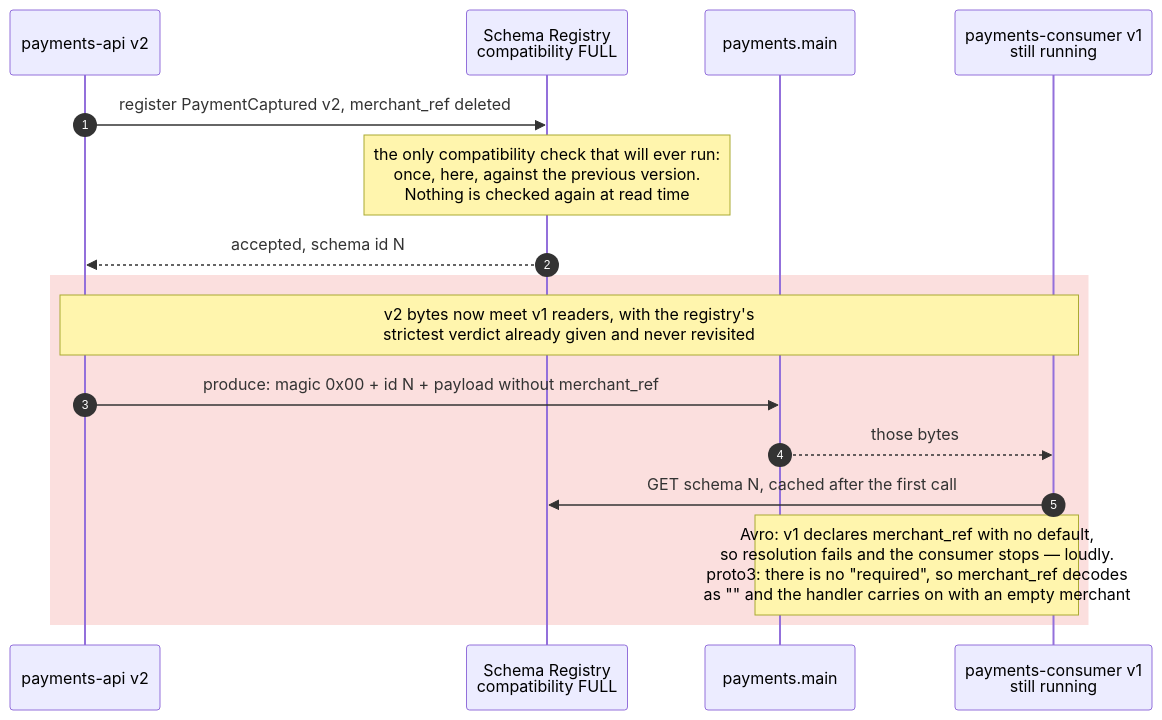
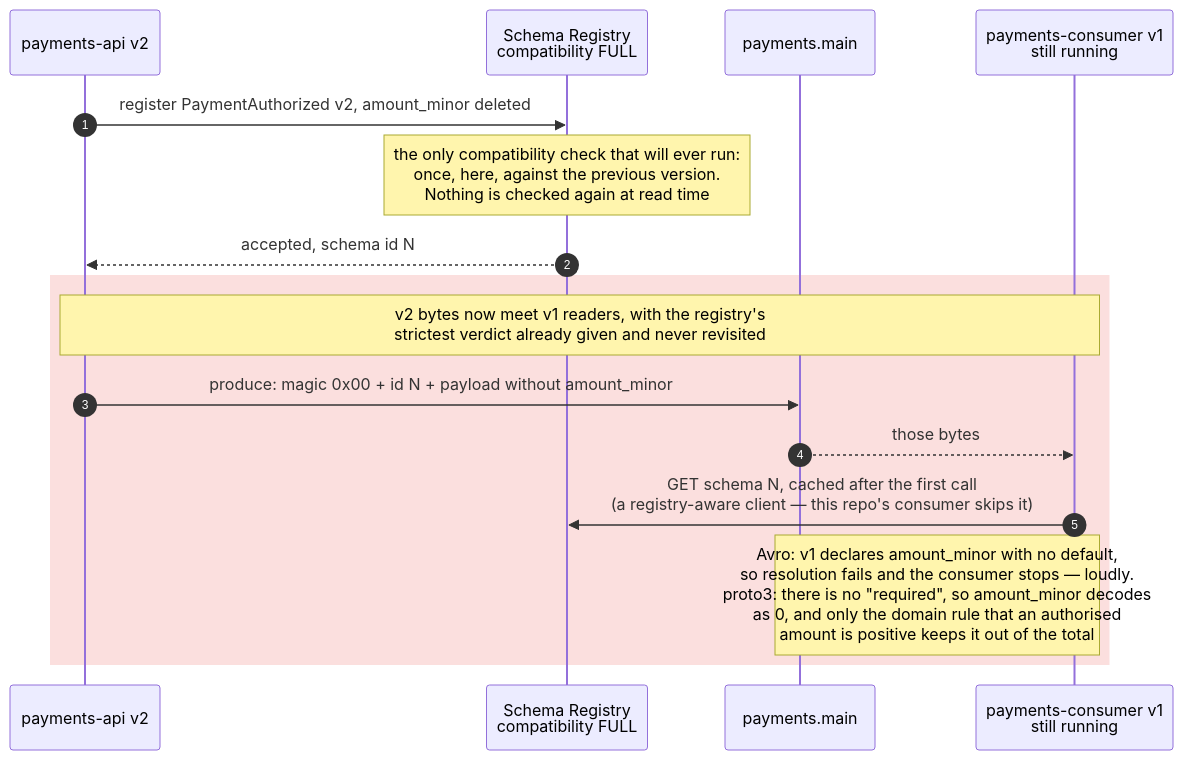
Before and after one commit to DmytroLysenko1/Kafka-lab: the first of 3 diagrams in docs/static/09-schema-evolution.md, drawn with Mermaid. The commit also changed other lines of this file and 220 other files, not shown here.

Commit message:
carry a payment from authorization to refund on Kubernetes, one trace from the request to the total it moved

````diff
--- a/docs/static/09-schema-evolution.md
+++ b/docs/static/09-schema-evolution.md
@@ -22,20 +23,20 @@
 ```mermaid
 sequenceDiagram
     autonumber
     participant P as payments-api v2
     participant SR as Schema Registry<br/>compatibility FULL
     participant T as payments.main
     participant C1 as payments-consumer v1<br/>still running
 
-    P->>SR: register PaymentCaptured v2, merchant_ref deleted
+    P->>SR: register PaymentAuthorized v2, amount_minor deleted
     Note over SR: the only compatibility check that will ever run:<br/>once, here, against the previous version.<br/>Nothing is checked again at read time
     SR-->>P: accepted, schema id N
 
     rect rgba(229, 57, 53, 0.16)
         Note over P,C1: v2 bytes now meet v1 readers, with the registry's<br/>strictest verdict already given and never revisited
-        P->>T: produce: magic 0x00 + id N + payload without merchant_ref
+        P->>T: produce: magic 0x00 + id N + payload without amount_minor
         T-->>C1: those bytes
-        C1->>SR: GET schema N, cached after the first call
-        Note over T,C1: Avro: v1 declares merchant_ref with no default,<br/>so resolution fails and the consumer stops — loudly.<br/>proto3: there is no "required", so merchant_ref decodes<br/>as "" and the handler carries on with an empty merchant
+        C1->>SR: GET schema N, cached after the first call<br/>(a registry-aware client — this repo's consumer skips it)
+        Note over T,C1: Avro: v1 declares amount_minor with no default,<br/>so resolution fails and the consumer stops — loudly.<br/>proto3: there is no "required", so amount_minor decodes<br/>as 0, and only the domain rule that an authorised<br/>amount is positive keeps it out of the total
     end
 ```
````
